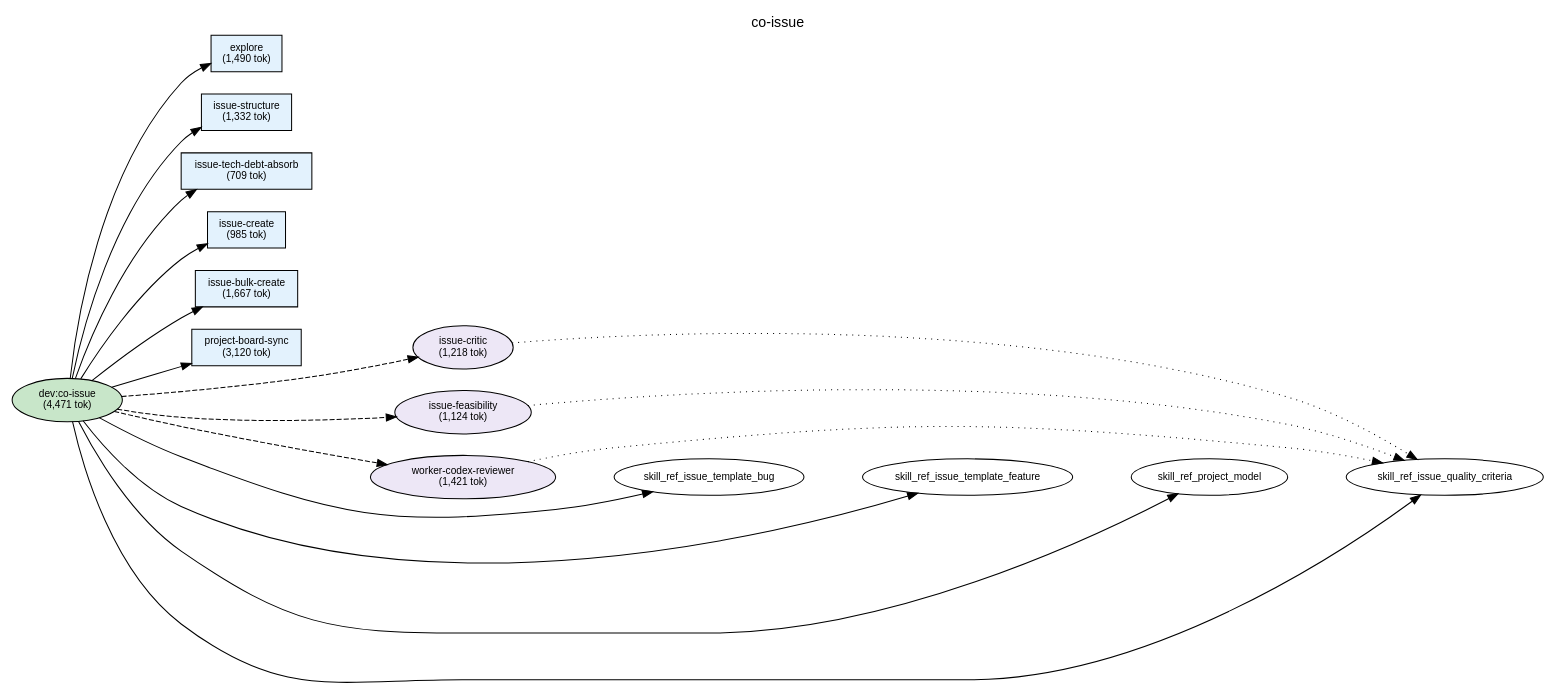
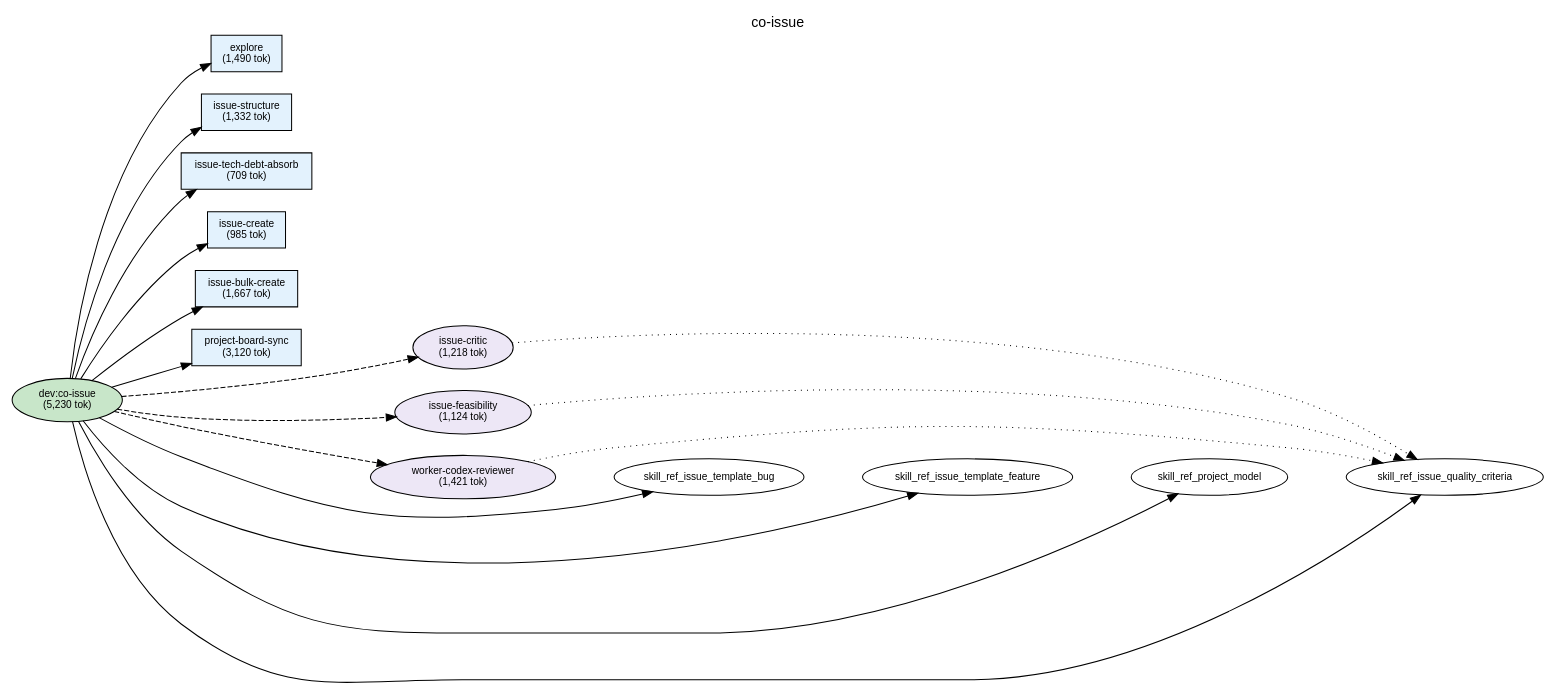
The diagram in plugins/dev/docs/deps-co-issue.dot (shuu5/twill), drawn with Graphviz before and after one commit. The commit also changed 13 other files, not shown here.

```diff
--- a/plugins/dev/docs/deps-co-issue.dot
+++ b/plugins/dev/docs/deps-co-issue.dot
@@ -1,78 +1,78 @@
 digraph Dependencies {
     // Graph settings
     rankdir=LR;
     ranksep=0.8;
     nodesep=0.3;
     fontname="Helvetica";
     node [fontname="Helvetica", fontsize=10];
     edge [fontname="Helvetica", fontsize=9];
     label="co-issue";
     labelloc=t;
     fontsize=14;
 
     // L0: Controller Skills
-    skill_co_issue [label="dev:co-issue\n(4,471 tok)", shape=ellipse, style=filled, fillcolor="#c8e6c9"];
+    skill_co_issue [label="dev:co-issue\n(5,230 tok)", shape=ellipse, style=filled, fillcolor="#c8e6c9"];
 
     // L0: Launchers
 
     // L0.5: Workflow Skills
 
     // Reference Skills
 
     // L1: Direct Commands
     cmd_issue_structure [label="issue-structure\n(1,332 tok)", shape=box, style=filled, fillcolor="#e3f2fd"];
     cmd_issue_create [label="issue-create\n(985 tok)", shape=box, style=filled, fillcolor="#e3f2fd"];
     cmd_issue_bulk_create [label="issue-bulk-create\n(1,667 tok)", shape=box, style=filled, fillcolor="#e3f2fd"];
     cmd_issue_tech_debt_absorb [label="issue-tech-debt-absorb\n(709 tok)", shape=box, style=filled, fillcolor="#e3f2fd"];
     cmd_project_board_sync [label="project-board-sync\n(3,120 tok)", shape=box, style=filled, fillcolor="#e3f2fd"];
     cmd_explore [label="explore\n(1,490 tok)", shape=box, style=filled, fillcolor="#e3f2fd"];
 
     // L2: Sub Commands
 
     // L3: Agents
     agent_issue_critic [label="issue-critic\n(1,218 tok)", shape=ellipse, style=filled, fillcolor="#ede7f6"];
     agent_issue_feasibility [label="issue-feasibility\n(1,124 tok)", shape=ellipse, style=filled, fillcolor="#ede7f6"];
     agent_worker_codex_reviewer [label="worker-codex-reviewer\n(1,421 tok)", shape=ellipse, style=filled, fillcolor="#ede7f6"];
 
     // L3.5: Scripts
 
     // L4: External
 
     // Layer constraints
     { rank=same; skill_co_issue; }
     { rank=same; cmd_issue_structure; cmd_issue_create; cmd_issue_bulk_create; cmd_issue_tech_debt_absorb; cmd_project_board_sync; cmd_explore; }
     { rank=same; agent_issue_critic; agent_issue_feasibility; agent_worker_codex_reviewer; }
 
     // Edges
     skill_co_issue -> cmd_explore;
     skill_co_issue -> cmd_issue_structure;
     skill_co_issue -> cmd_issue_tech_debt_absorb;
     skill_co_issue -> cmd_issue_create;
     skill_co_issue -> cmd_issue_bulk_create;
     skill_co_issue -> cmd_project_board_sync;
     skill_co_issue -> agent_issue_critic [style=dashed];
     skill_co_issue -> agent_issue_feasibility [style=dashed];
     skill_co_issue -> agent_worker_codex_reviewer [style=dashed];
     skill_co_issue -> skill_ref_issue_template_bug;
     skill_co_issue -> skill_ref_issue_template_feature;
     skill_co_issue -> skill_ref_project_model;
     skill_co_issue -> skill_ref_issue_quality_criteria;
     agent_issue_critic -> skill_ref_issue_quality_criteria [style=dotted];
     agent_issue_feasibility -> skill_ref_issue_quality_criteria [style=dotted];
     agent_worker_codex_reviewer -> skill_ref_issue_quality_criteria [style=dotted];
 
     // Ordering constraints (invisible edges)
     cmd_explore -> cmd_issue_structure [style=invis, weight=10];
     cmd_issue_structure -> cmd_issue_tech_debt_absorb [style=invis, weight=10];
     cmd_issue_tech_debt_absorb -> cmd_issue_create [style=invis, weight=10];
     cmd_issue_create -> cmd_issue_bulk_create [style=invis, weight=10];
     cmd_issue_bulk_create -> cmd_project_board_sync [style=invis, weight=10];
     cmd_project_board_sync -> agent_issue_critic [style=invis, weight=10];
     agent_issue_critic -> agent_issue_feasibility [style=invis, weight=10];
     agent_issue_feasibility -> agent_worker_codex_reviewer [style=invis, weight=10];
     agent_worker_codex_reviewer -> skill_ref_issue_template_bug [style=invis, weight=10];
     skill_ref_issue_template_bug -> skill_ref_issue_template_feature [style=invis, weight=10];
     skill_ref_issue_template_feature -> skill_ref_project_model [style=invis, weight=10];
     skill_ref_project_model -> skill_ref_issue_quality_criteria [style=invis, weight=10];
 
 }
```
